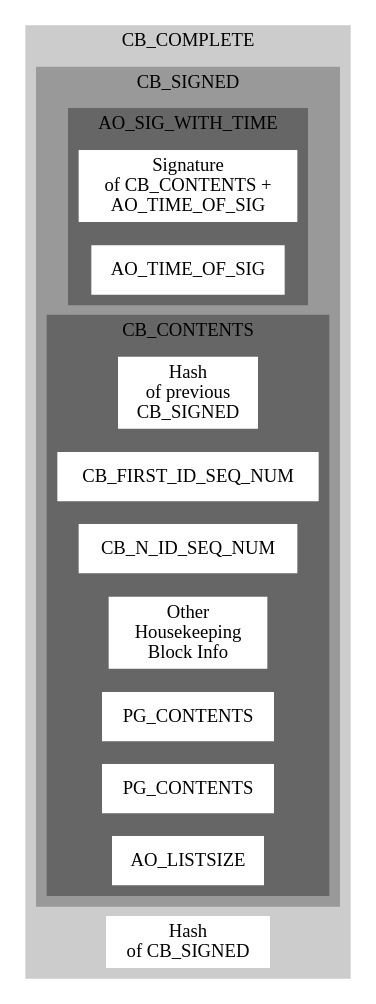
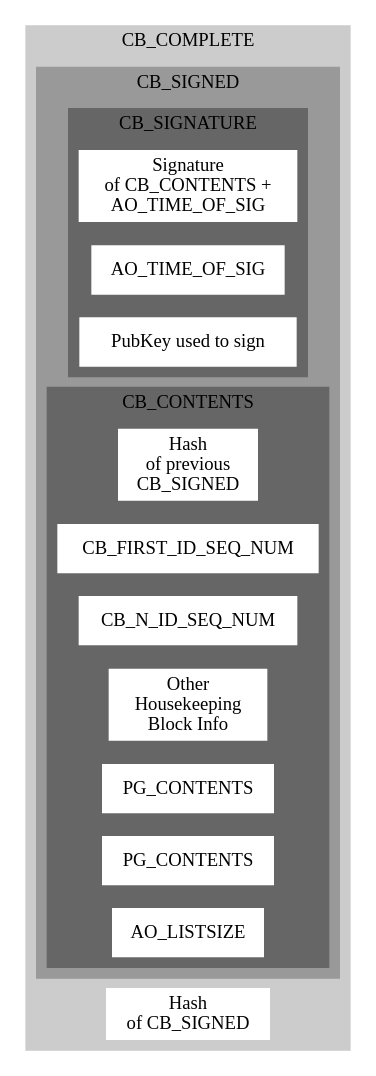
Before and after one commit to assignonward/aosuite: the diagram in docs/graphviz/blocks.dot, drawn with Graphviz. The commit also changed 10 other files, not shown here.

```diff
--- a/docs/graphviz/blocks.dot
+++ b/docs/graphviz/blocks.dot
@@ -1,41 +1,42 @@
 digraph G 
 { rankdir=LR;
 
   subgraph cluster_1 
   { style=filled;
     color=grey80;
     node [style=filled,color=white,shape=rectangle];
     label = "CB_COMPLETE";
 
     subgraph cluster_2 
     { style=filled;
       color=grey60;
       node [style=filled,color=white];
       label = "CB_SIGNED";
 
       subgraph cluster_3 
       { style=filled;
         color=grey40;
         node [style=filled,color=white,shape=rectangle];
         c3s [label="Signature\nof CB_CONTENTS +\nAO_TIME_OF_SIG"];
         c3t [label="AO_TIME_OF_SIG"];
-        label = "AO_SIG_WITH_TIME";
+        c3k [label="PubKey used to sign"];
+        label = "CB_SIGNATURE";
       }
 
       subgraph cluster_4
       { style=filled;
         color=grey40;
         node [style=filled,color=white,shape=rectangle];
         c4h1 [label="Hash\nof previous\nCB_SIGNED"];
         c4fi [label="CB_FIRST_ID_SEQ_NUM"]
         c4ni [label="CB_N_ID_SEQ_NUM"]
         c4h2 [label="Other\nHousekeeping\nBlock Info"];
         c4a1 [label="PG_CONTENTS"];
         c4a2 [label="PG_CONTENTS"];
         c4ls [label="AO_LISTSIZE"];
         label = "CB_CONTENTS";
       }
     }
    c1 [label="Hash\nof CB_SIGNED"];
  }
 }
```
